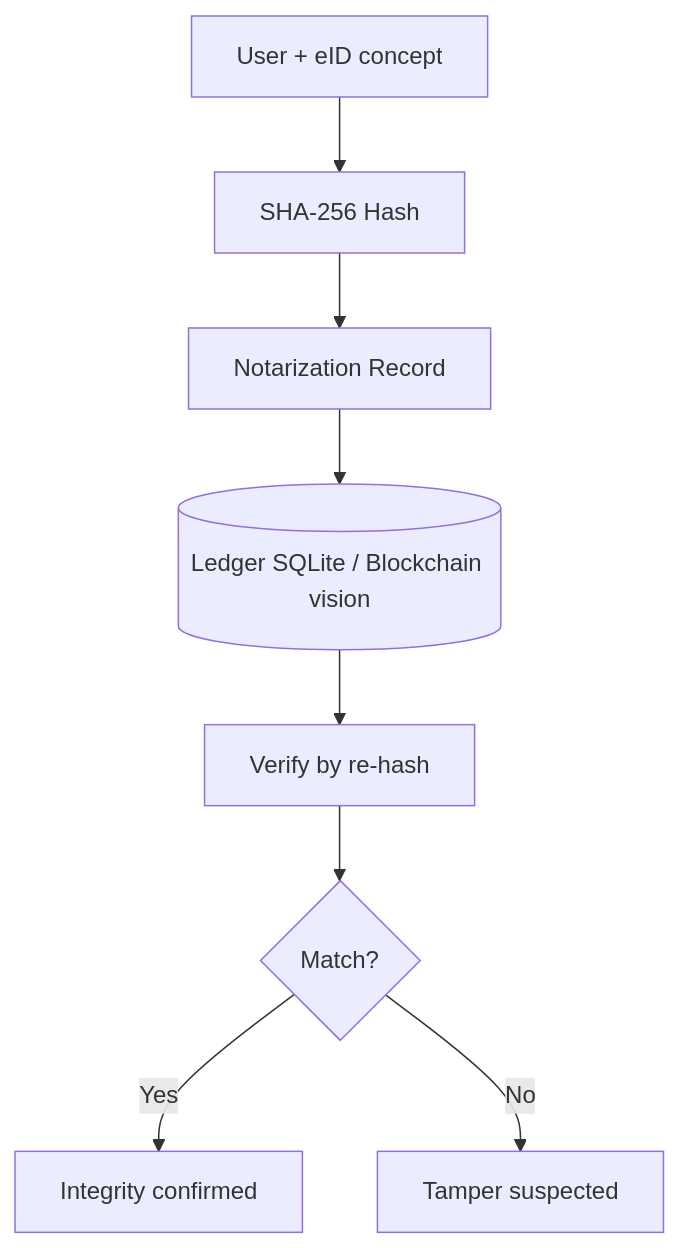
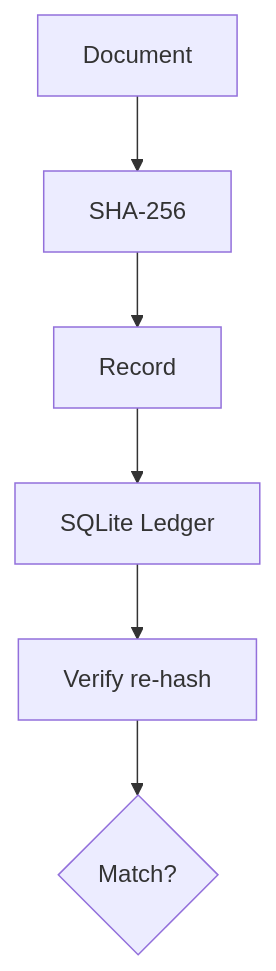
One commit to nikhilamaragani-jpg/blockchain-autonomous-notarization-e-id changed the diagram in docs/DEMO.md. Above: the diagram before and after it, drawn with Mermaid. The commit also changed other lines of this file and 5 other files, not shown here.

````diff
--- a/docs/DEMO.md
+++ b/docs/DEMO.md
@@ -19,10 +16,8 @@
 ```mermaid
 flowchart TD
-  U[User + eID concept] --> H[SHA-256 Hash]
-  H --> R[Notarization Record]
-  R --> L[(Ledger SQLite / Blockchain vision)]
-  L --> V[Verify by re-hash]
-  V --> C{Match?}
-  C -->|Yes| OK[Integrity confirmed]
-  C -->|No| BAD[Tamper suspected]
+  D[Document] --> H[SHA-256]
+  H --> R[Record]
+  R --> L[SQLite Ledger]
+  L --> V[Verify re-hash]
+  V --> M{Match?}
 ```
````
